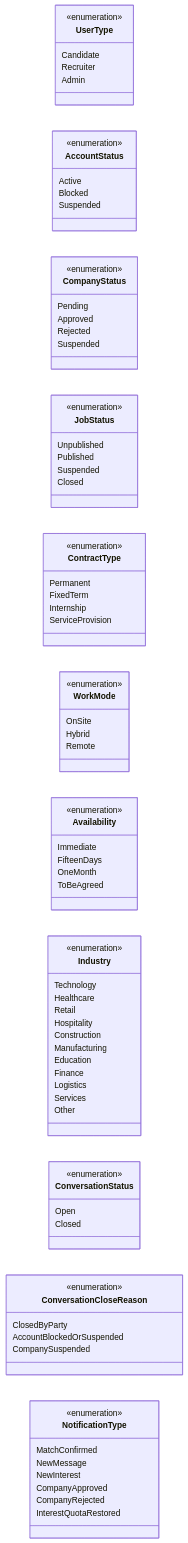
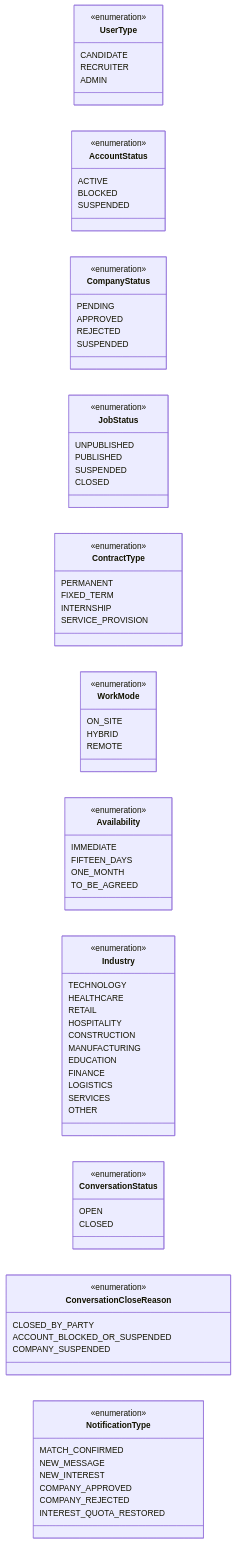
The second of 19 diagrams in 04-artefactos-tecnicos/04.07-modelos-de-classes/m2-modelo-classes-frontend-web-v01.md (katch-lds/katch-docs), drawn with Mermaid before and after one commit. The commit also changed other lines of this file, not shown here.

````diff
--- a/04-artefactos-tecnicos/04.07-modelos-de-classes/m2-modelo-classes-frontend-web-v01.md
+++ b/04-artefactos-tecnicos/04.07-modelos-de-classes/m2-modelo-classes-frontend-web-v01.md
@@ -113,82 +115,82 @@
     direction LR
     class UserType {
         <<enumeration>>
-        Candidate
-        Recruiter
-        Admin
+        CANDIDATE
+        RECRUITER
+        ADMIN
     }
     class AccountStatus {
         <<enumeration>>
-        Active
-        Blocked
-        Suspended
+        ACTIVE
+        BLOCKED
+        SUSPENDED
     }
     class CompanyStatus {
         <<enumeration>>
-        Pending
-        Approved
-        Rejected
-        Suspended
+        PENDING
+        APPROVED
+        REJECTED
+        SUSPENDED
     }
     class JobStatus {
         <<enumeration>>
-        Unpublished
-        Published
-        Suspended
-        Closed
+        UNPUBLISHED
+        PUBLISHED
+        SUSPENDED
+        CLOSED
     }
     class ContractType {
         <<enumeration>>
-        Permanent
-        FixedTerm
-        Internship
-        ServiceProvision
+        PERMANENT
+        FIXED_TERM
+        INTERNSHIP
+        SERVICE_PROVISION
     }
     class WorkMode {
         <<enumeration>>
-        OnSite
-        Hybrid
-        Remote
+        ON_SITE
+        HYBRID
+        REMOTE
     }
     class Availability {
         <<enumeration>>
-        Immediate
-        FifteenDays
-        OneMonth
-        ToBeAgreed
+        IMMEDIATE
+        FIFTEEN_DAYS
+        ONE_MONTH
+        TO_BE_AGREED
     }
     class Industry {
         <<enumeration>>
-        Technology
-        Healthcare
-        Retail
-        Hospitality
-        Construction
-        Manufacturing
-        Education
-        Finance
-        Logistics
-        Services
-        Other
+        TECHNOLOGY
+        HEALTHCARE
+        RETAIL
+        HOSPITALITY
+        CONSTRUCTION
+        MANUFACTURING
+        EDUCATION
+        FINANCE
+        LOGISTICS
+        SERVICES
+        OTHER
     }
     class ConversationStatus {
         <<enumeration>>
-        Open
-        Closed
+        OPEN
+        CLOSED
     }
     class ConversationCloseReason {
         <<enumeration>>
-        ClosedByParty
-        AccountBlockedOrSuspended
-        CompanySuspended
+        CLOSED_BY_PARTY
+        ACCOUNT_BLOCKED_OR_SUSPENDED
+        COMPANY_SUSPENDED
     }
     class NotificationType {
         <<enumeration>>
-        MatchConfirmed
-        NewMessage
-        NewInterest
-        CompanyApproved
-        CompanyRejected
-        InterestQuotaRestored
+        MATCH_CONFIRMED
+        NEW_MESSAGE
+        NEW_INTEREST
+        COMPANY_APPROVED
+        COMPANY_REJECTED
+        INTEREST_QUOTA_RESTORED
     }
 ```
````
